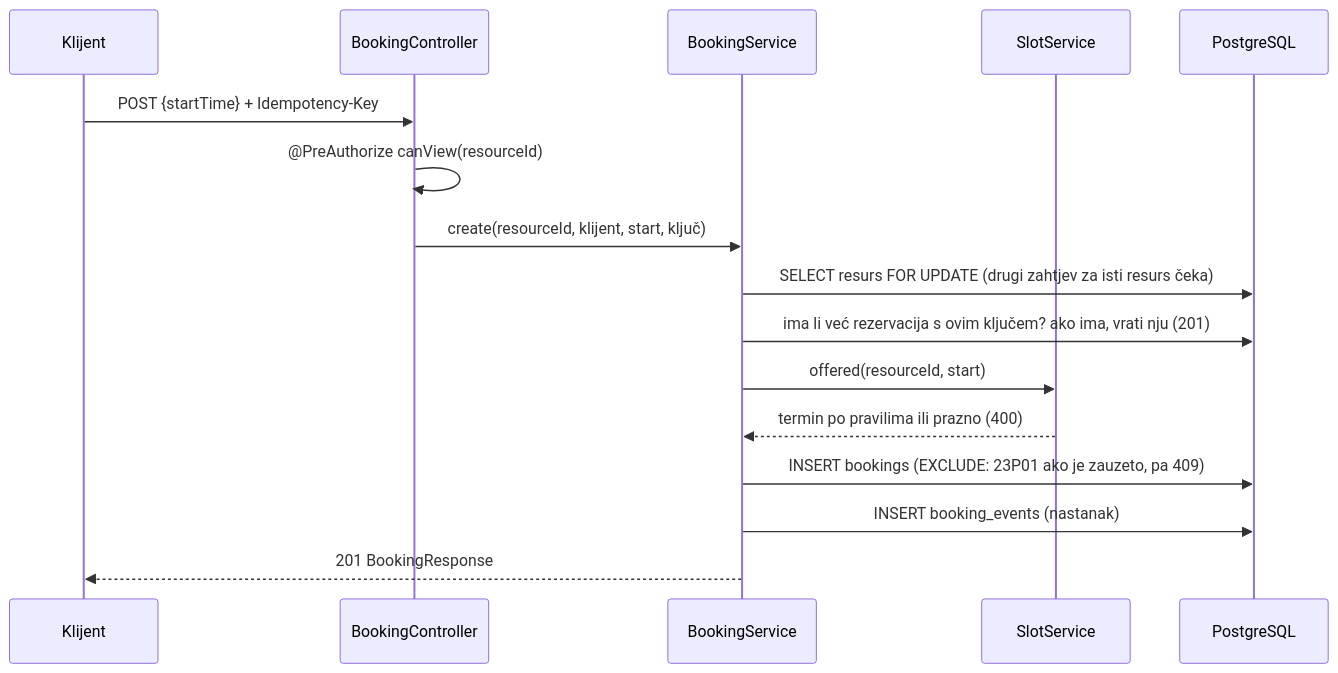
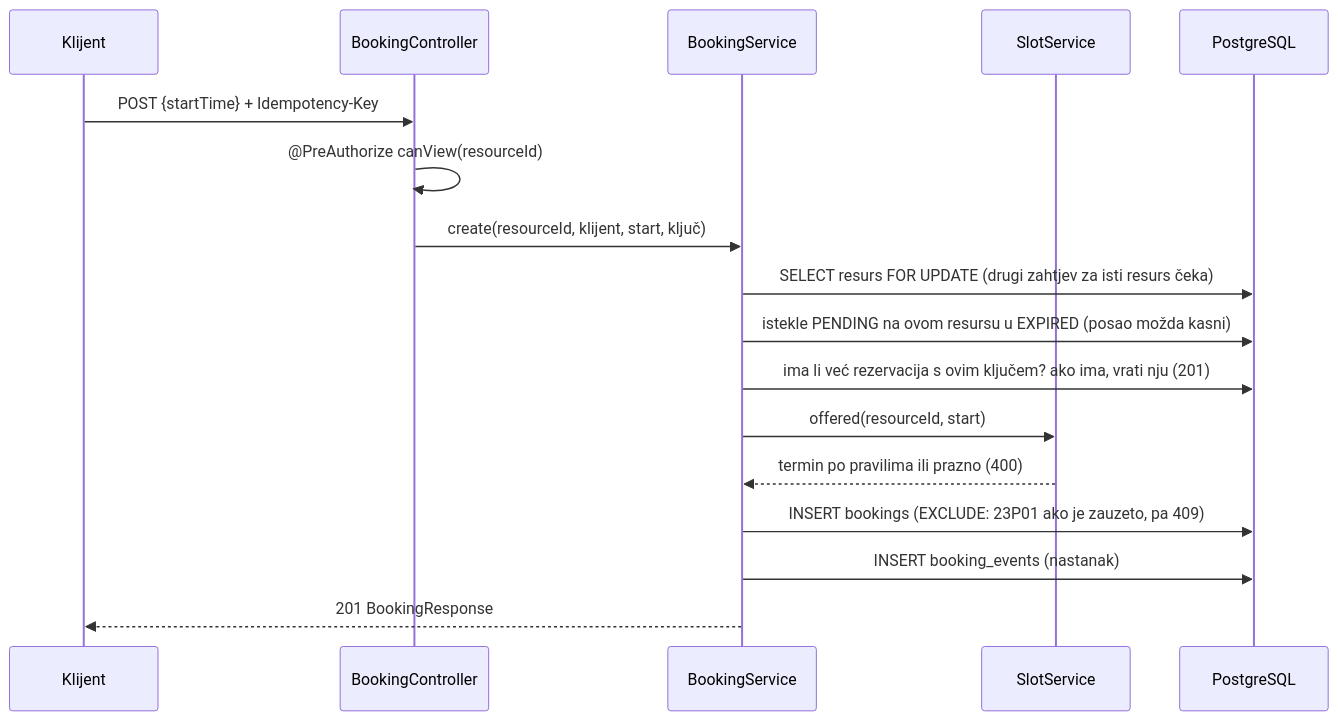
One commit to eminahbabovich/SlotBook changed the second of 3 diagrams in docs/ARHITEKTURA.md. Above: the diagram before and after it, drawn with Mermaid. The commit also changed other lines of this file and 15 other files, not shown here.

````diff
--- a/docs/ARHITEKTURA.md
+++ b/docs/ARHITEKTURA.md
@@ -47,19 +47,20 @@
 ```mermaid
 sequenceDiagram
     participant K as Klijent
     participant C as BookingController
     participant S as BookingService
     participant SL as SlotService
     participant DB as PostgreSQL
 
     K->>C: POST {startTime} + Idempotency-Key
     C->>C: @PreAuthorize canView(resourceId)
     C->>S: create(resourceId, klijent, start, ključ)
     S->>DB: SELECT resurs FOR UPDATE (drugi zahtjev za isti resurs čeka)
+    S->>DB: istekle PENDING na ovom resursu u EXPIRED (posao možda kasni)
     S->>DB: ima li već rezervacija s ovim ključem? ako ima, vrati nju (201)
     S->>SL: offered(resourceId, start)
     SL-->>S: termin po pravilima ili prazno (400)
     S->>DB: INSERT bookings (EXCLUDE: 23P01 ako je zauzeto, pa 409)
     S->>DB: INSERT booking_events (nastanak)
     S-->>K: 201 BookingResponse
 ```
````
